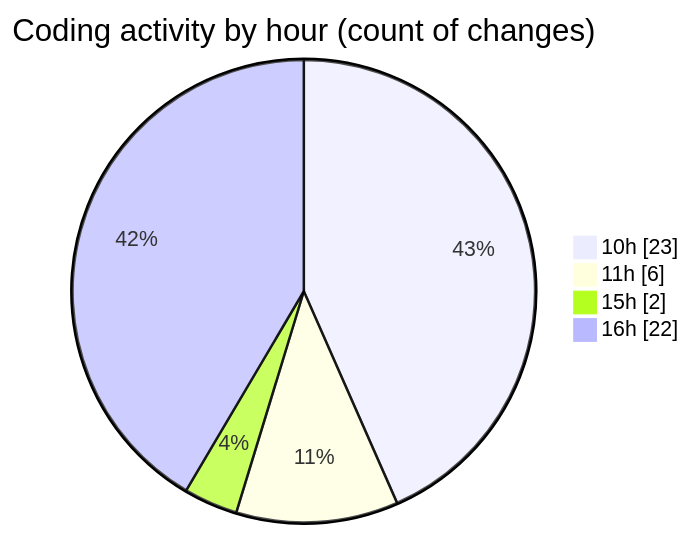
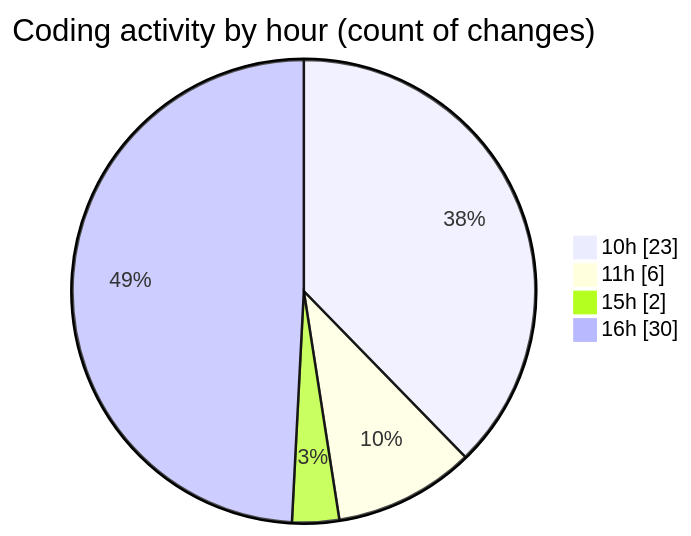
The second of 2 diagrams in 2026-05-04/nxtqube_webapp/README.md (nxtqubesakshisongat/code-tracking), drawn with Mermaid before and after one commit. The commit also changed other lines of this file and 1 other file, not shown here.

````diff
--- a/2026-05-04/nxtqube_webapp/README.md
+++ b/2026-05-04/nxtqube_webapp/README.md
@@ -34,8 +35,8 @@
 ```mermaid
 pie showData
 title Coding activity by hour (count of changes)
 "10h" : 23
 "11h" : 6
 "15h" : 2
-"16h" : 22
+"16h" : 30
 ```
````
